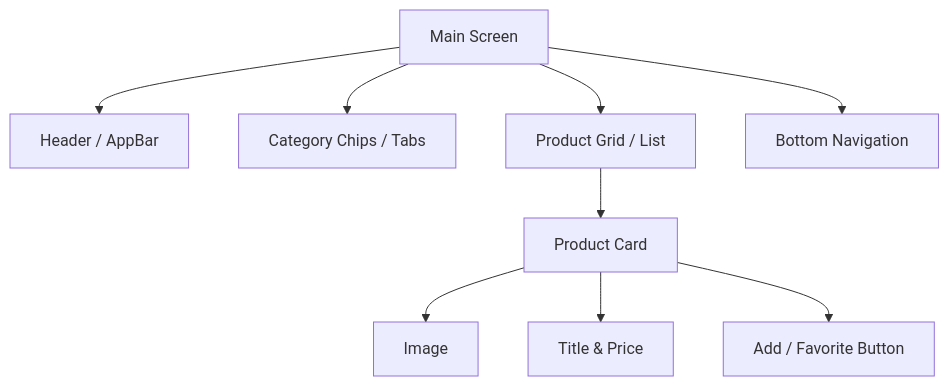
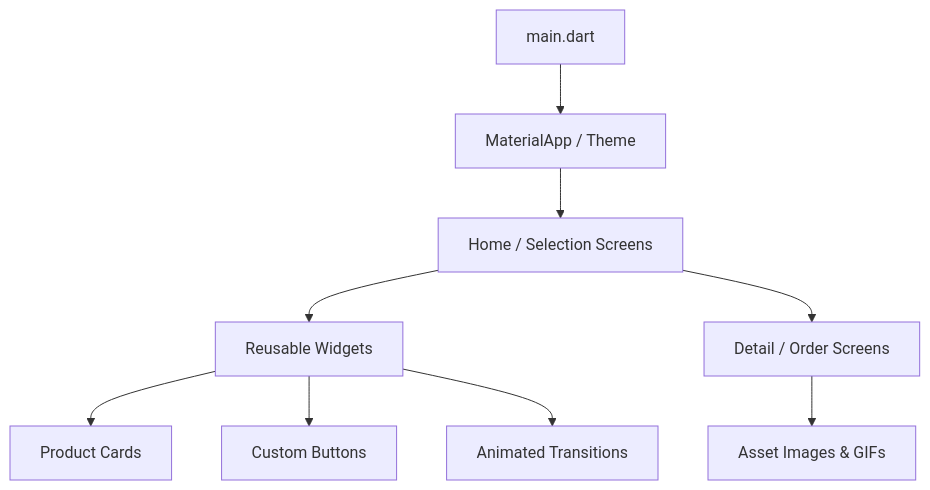
One commit to shatilsarower/shatilsarower.github.io changed the tenth of 11 diagrams in README.md. Above: the diagram before and after it, drawn with Mermaid. The commit also changed other lines of this file, not shown here.

````diff
--- a/README.md
+++ b/README.md
@@ -459,12 +471,11 @@
 ```mermaid
 flowchart TD
-    A[Main Screen] --> B[Header / AppBar]
-    A --> C[Category Chips / Tabs]
-    A --> D[Product Grid / List]
-    A --> E[Bottom Navigation]
-
-    D --> F[Product Card]
-    F --> G[Image]
-    F --> H[Title & Price]
-    F --> I[Add / Favorite Button]
+    A[main.dart] --> B[MaterialApp / Theme]
+    B --> C[Home / Selection Screens]
+    C --> D[Reusable Widgets]
+    D --> E[Product Cards]
+    D --> F[Custom Buttons]
+    D --> G[Animated Transitions]
+    C --> H[Detail / Order Screens]
+    H --> I[Asset Images & GIFs]
 ```
````
